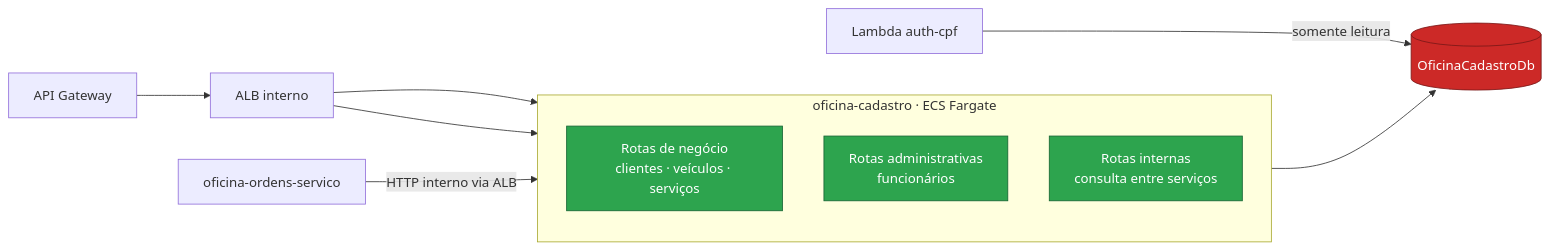
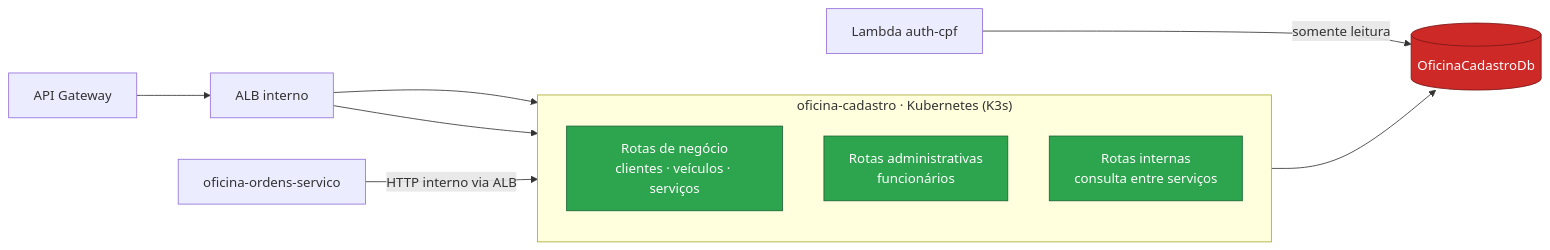
One commit to fabianorodrigues/oficina-cadastro-fiap-fase4 changed the diagram in README.md. Above: the diagram before and after it, drawn with Mermaid. The commit also changed other lines of this file and 17 other files, not shown here.

````diff
--- a/README.md
+++ b/README.md
@@ -70,21 +70,21 @@
 ```mermaid
 flowchart LR
-    subgraph Cadastro["oficina-cadastro · ECS Fargate"]
+    subgraph Cadastro["oficina-cadastro · Kubernetes (K3s)"]
         direction TB
         Pub["Rotas de negócio<br/>clientes · veículos · serviços"]
         Adm["Rotas administrativas<br/>funcionários"]
         Int["Rotas internas<br/>consulta entre serviços"]
     end
 
     API["API Gateway"] --> ALB["ALB interno"]
     ALB --> Pub
     ALB --> Adm
     Ordens["oficina-ordens-servico"] -->|"HTTP interno via ALB"| Int
     Cadastro --> DB[("OficinaCadastroDb")]
     Auth["Lambda auth-cpf"] -->|"somente leitura"| DB
 
     classDef svc fill:#2da44e,stroke:#166534,color:#fff
     classDef data fill:#CC2927,stroke:#7a1717,color:#fff
     class Pub,Adm,Int svc
     class DB data
 ```
````
